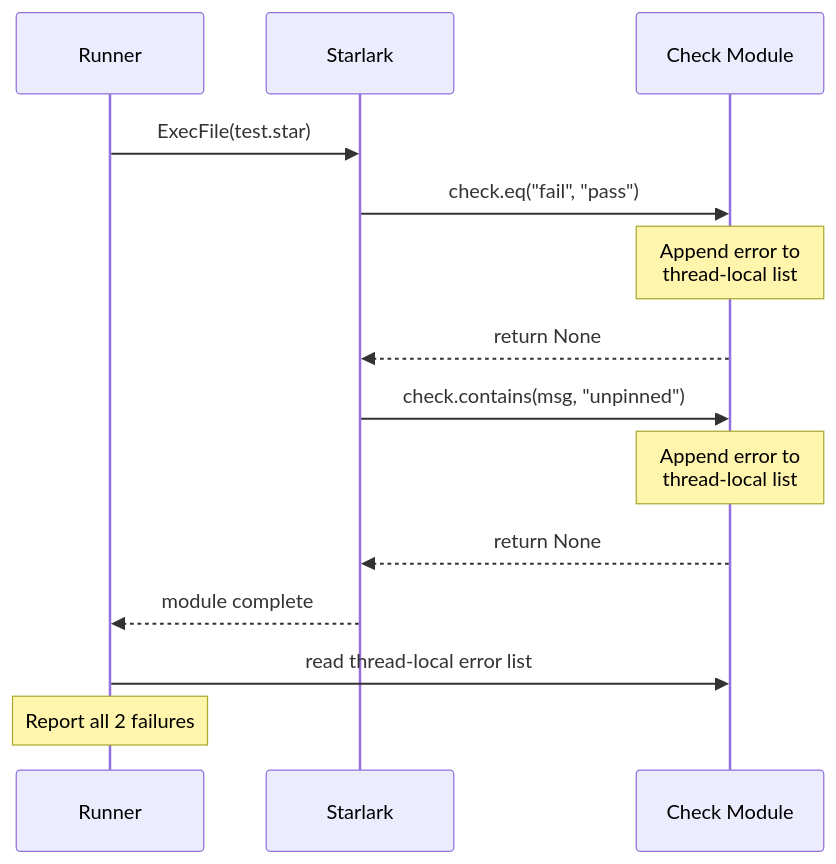
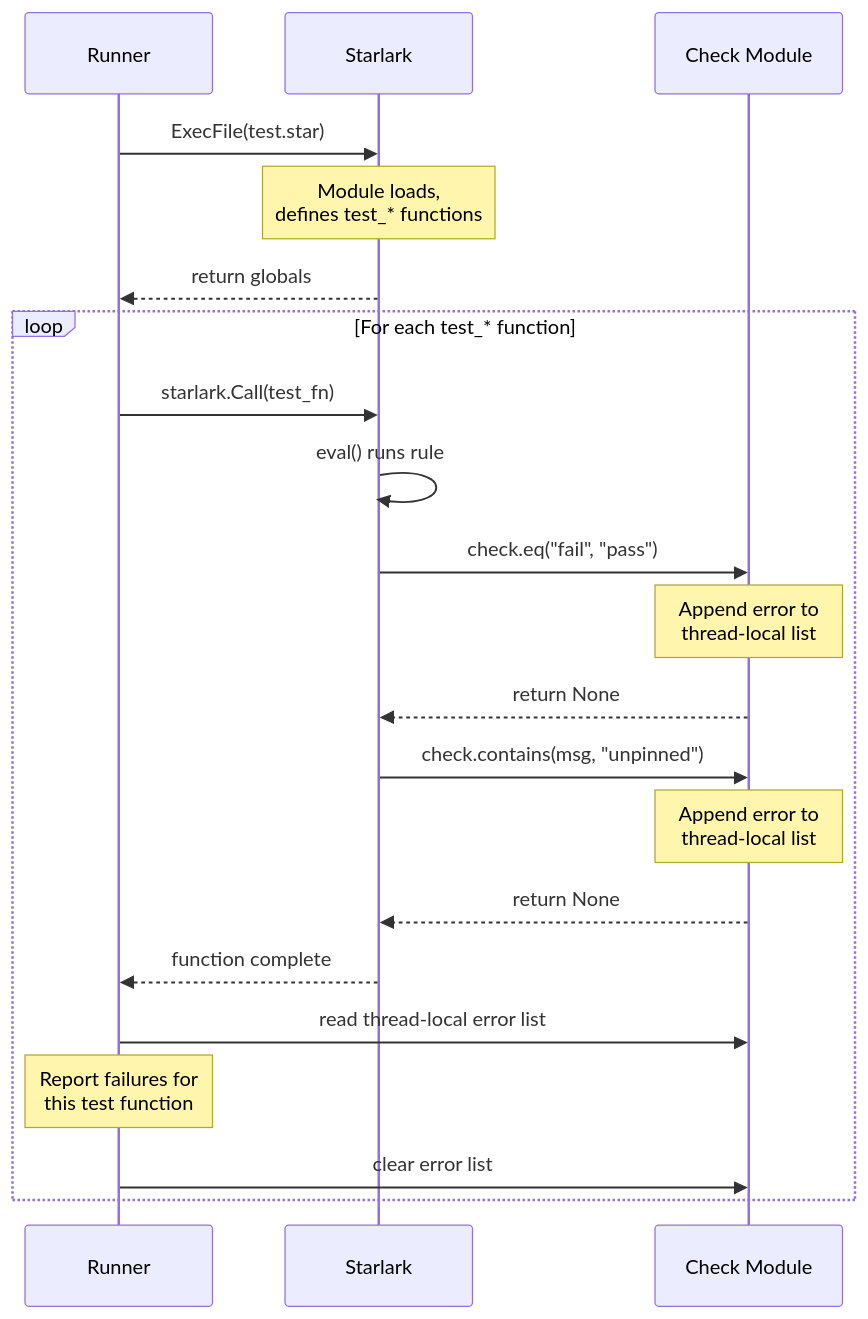
Before and after one commit to mindersec/minder: the third of 3 diagrams in docs/docs/developer_guide/designs/rule-testing.md, drawn with Mermaid. The commit also changed other lines of this file, not shown here.

````diff
--- a/docs/docs/developer_guide/designs/rule-testing.md
+++ b/docs/docs/developer_guide/designs/rule-testing.md
@@ -462,17 +470,25 @@
 ```mermaid
 sequenceDiagram
     participant Runner
     participant Starlark
     participant Check as Check Module
 
     Runner->>Starlark: ExecFile(test.star)
-    Starlark->>Check: check.eq("fail", "pass")
-    Note over Check: Append error to<br/>thread-local list
-    Check-->>Starlark: return None
-    Starlark->>Check: check.contains(msg, "unpinned")
-    Note over Check: Append error to<br/>thread-local list
-    Check-->>Starlark: return None
-    Starlark-->>Runner: module complete
-    Runner->>Check: read thread-local error list
-    Note over Runner: Report all 2 failures
+    Note over Starlark: Module loads,<br/>defines test_* functions
+    Starlark-->>Runner: return globals
+
+    loop For each test_* function
+        Runner->>Starlark: starlark.Call(test_fn)
+        Starlark->>Starlark: eval() runs rule
+        Starlark->>Check: check.eq("fail", "pass")
+        Note over Check: Append error to<br/>thread-local list
+        Check-->>Starlark: return None
+        Starlark->>Check: check.contains(msg, "unpinned")
+        Note over Check: Append error to<br/>thread-local list
+        Check-->>Starlark: return None
+        Starlark-->>Runner: function complete
+        Runner->>Check: read thread-local error list
+        Note over Runner: Report failures for<br/>this test function
+        Runner->>Check: clear error list
+    end
 ```
````
